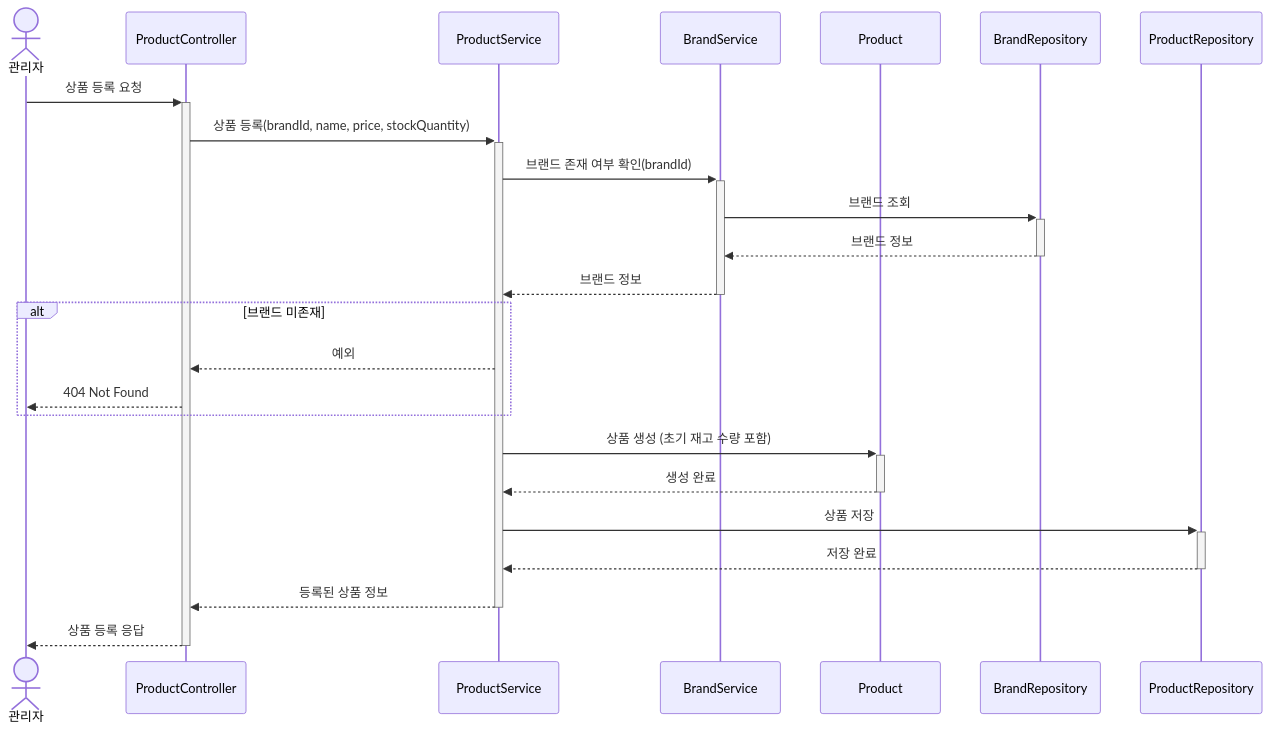
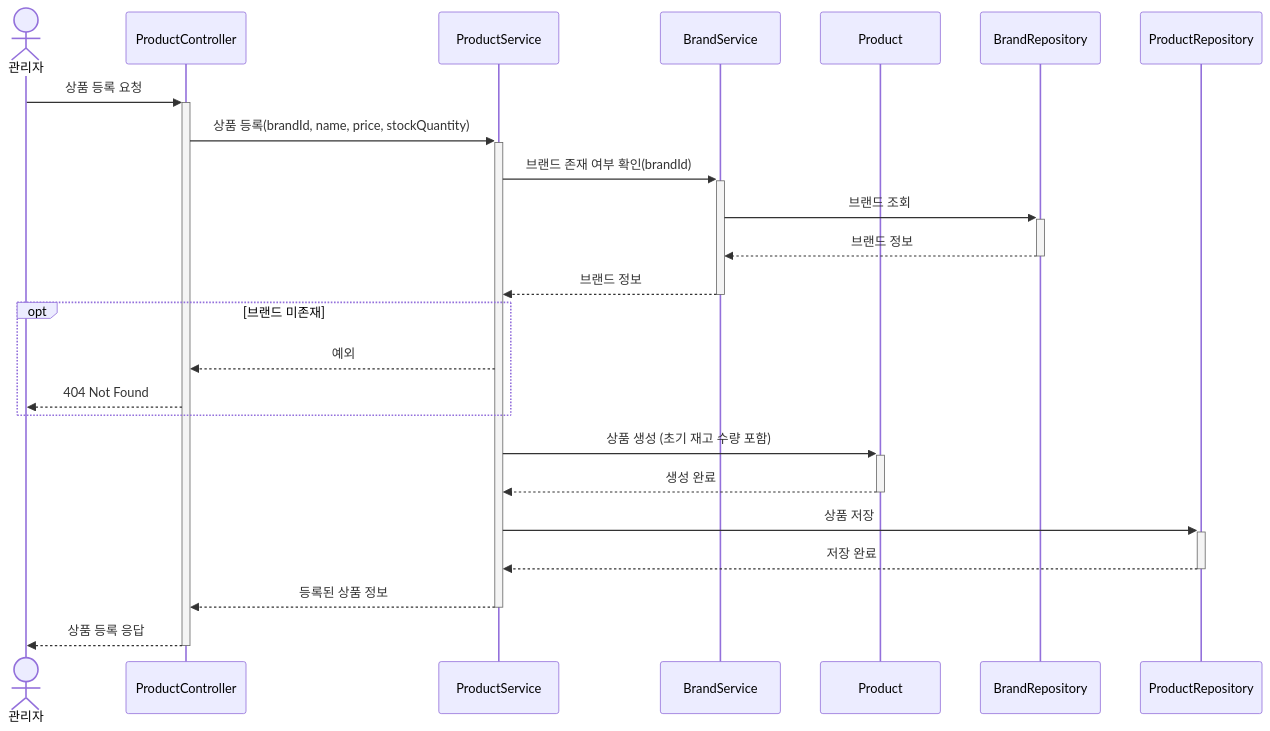
The tenth of 23 diagrams in docs/design/02-sequence-diagrams.md (kimjunyoung90/loop-pack-be-l2-vol3-java), drawn with Mermaid before and after one commit. The commit also changed other lines of this file, not shown here.

````diff
--- a/docs/design/02-sequence-diagrams.md
+++ b/docs/design/02-sequence-diagrams.md
@@ -311,29 +311,29 @@
 ```mermaid
 sequenceDiagram
     actor Admin as 관리자
     participant PC as ProductController
     participant PS as ProductService
     participant BS as BrandService
     participant P as Product
     participant BR as BrandRepository
     participant PR as ProductRepository
 
     Admin->>+PC: 상품 등록 요청
     PC->>+PS: 상품 등록(brandId, name, price, stockQuantity)
     PS->>+BS: 브랜드 존재 여부 확인(brandId)
     BS->>+BR: 브랜드 조회
     BR-->>-BS: 브랜드 정보
     BS-->>-PS: 브랜드 정보
 
-    alt 브랜드 미존재
+    opt 브랜드 미존재
         PS-->>PC: 예외
         PC-->>Admin: 404 Not Found
     end
 
     PS->>+P: 상품 생성 (초기 재고 수량 포함)
     P-->>-PS: 생성 완료
     PS->>+PR: 상품 저장
     PR-->>-PS: 저장 완료
     PS-->>-PC: 등록된 상품 정보
     PC-->>-Admin: 상품 등록 응답
 ```
````
